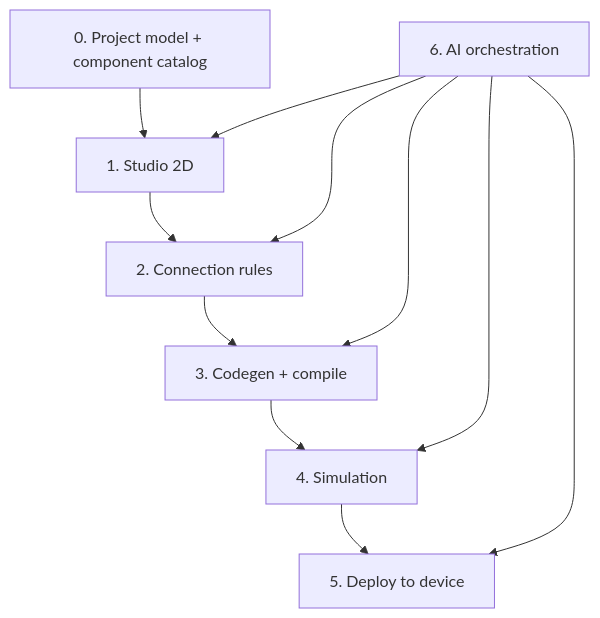
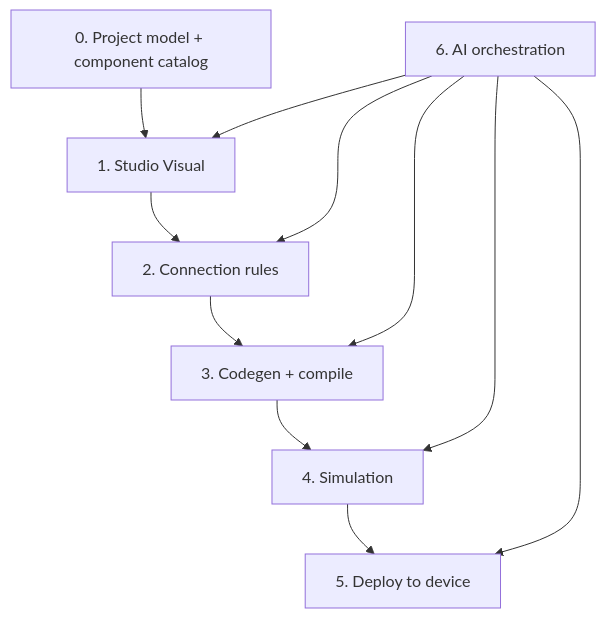
One commit to jelilat/berry-app changed the diagram in BUILD_PLAN.md. Above: the diagram before and after it, drawn with Mermaid. The commit also changed other lines of this file and 10 other files, not shown here.

````diff
--- a/BUILD_PLAN.md
+++ b/BUILD_PLAN.md
@@ -15,13 +15,13 @@
 ```mermaid
 flowchart TD
-  A[0. Project model + component catalog] --> B[1. Studio 2D]
+  A[0. Project model + component catalog] --> B[1. Studio Visual]
   B --> C[2. Connection rules]
   C --> D[3. Codegen + compile]
   D --> E[4. Simulation]
   E --> F[5. Deploy to device]
   G[6. AI orchestration] --> B
   G --> C
   G --> D
   G --> E
   G --> F
 ```
````
